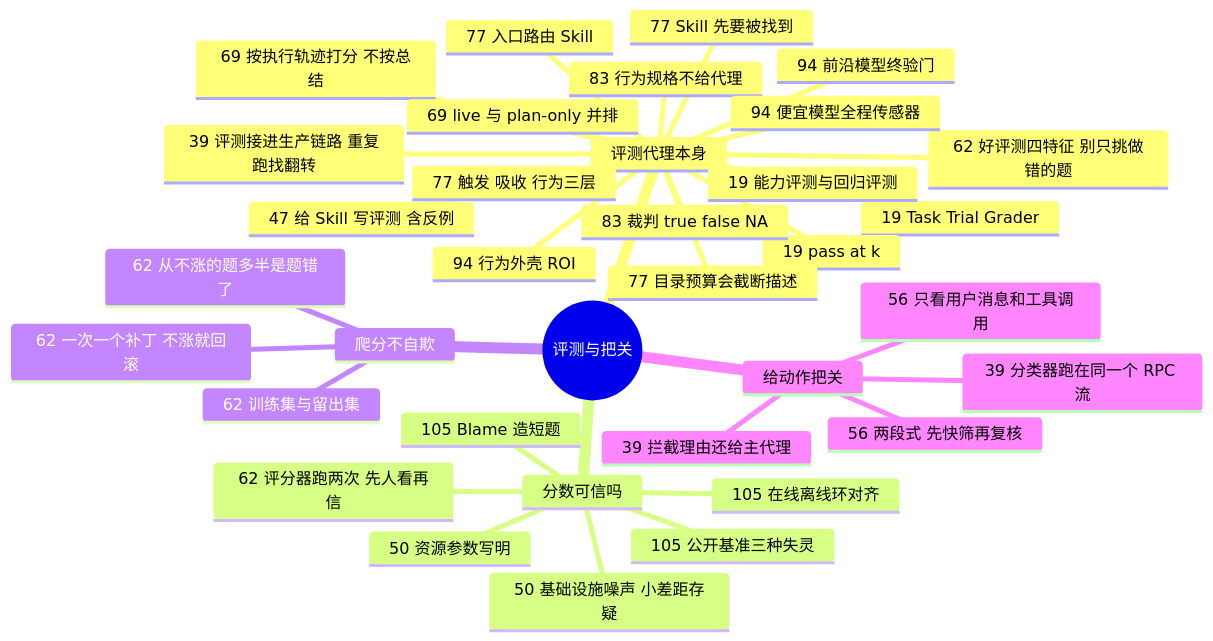
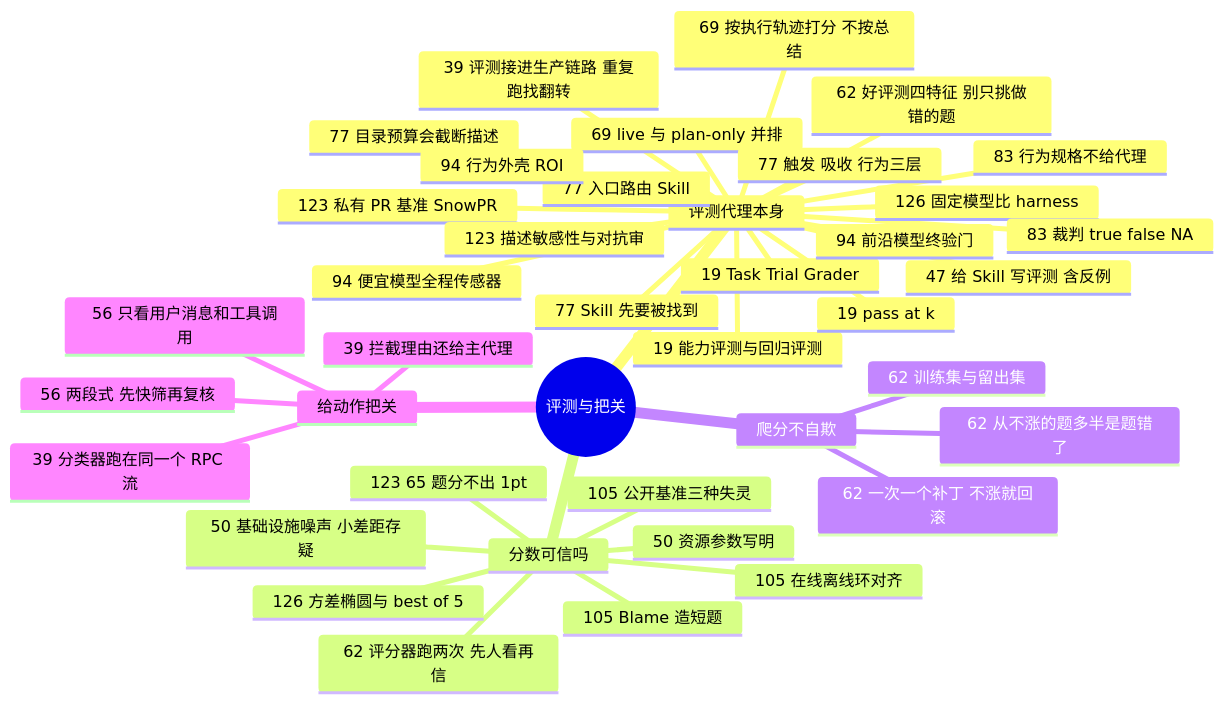
The diagram in docs/guide/evals.md (yzw7489757/ai-coding-videos), drawn with Mermaid before and after one commit. The commit also changed other lines of this file and 16 other files, not shown here.

First line of the commit message:
第二十三批收录 #123–#126：SnowPR、Loams harness 对照、AGENTS.md 单源、Copilot harness 评测

````diff
--- a/docs/guide/evals.md
+++ b/docs/guide/evals.md
@@ -15,38 +15,43 @@
 ```mermaid
 mindmap
   root((评测与把关))
     评测代理本身
+      123 私有 PR 基准 SnowPR
+      123 描述敏感性与对抗审
+      126 固定模型比 harness
       19 Task Trial Grader
       19 能力评测与回归评测
       19 pass at k
       39 评测接进生产链路 重复跑找翻转
       47 给 Skill 写评测 含反例
       62 好评测四特征 别只挑做错的题
       69 按执行轨迹打分 不按总结
       69 live 与 plan-only 并排
       83 行为规格不给代理
       83 裁判 true false NA
       77 Skill 先要被找到
       77 触发 吸收 行为三层
       77 入口路由 Skill
       77 目录预算会截断描述
       94 行为外壳 ROI
       94 便宜模型全程传感器
       94 前沿模型终验门
     分数可信吗
       50 基础设施噪声 小差距存疑
       50 资源参数写明
       62 评分器跑两次 先人看再信
+      123 65 题分不出 1pt
+      126 方差椭圆与 best of 5
       105 公开基准三种失灵
       105 Blame 造短题
       105 在线离线环对齐
     爬分不自欺
       62 训练集与留出集
       62 一次一个补丁 不涨就回滚
       62 从不涨的题多半是题错了
     给动作把关
       39 分类器跑在同一个 RPC 流
       39 拦截理由还给主代理
       56 两段式 先快筛再复核
       56 只看用户消息和工具调用
 ```
````
